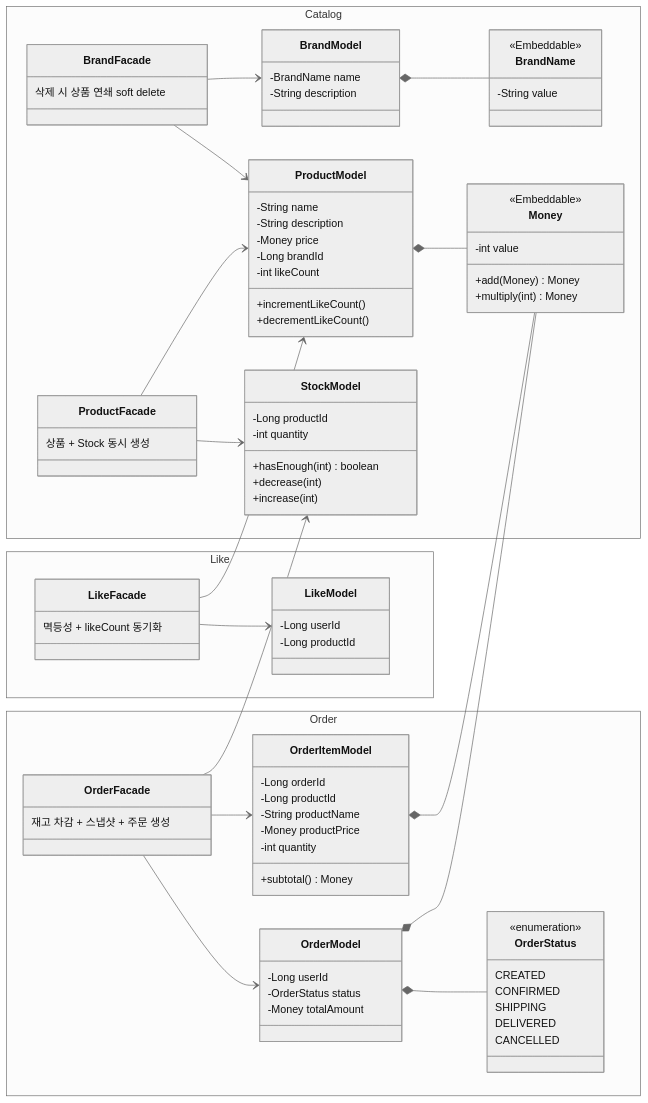
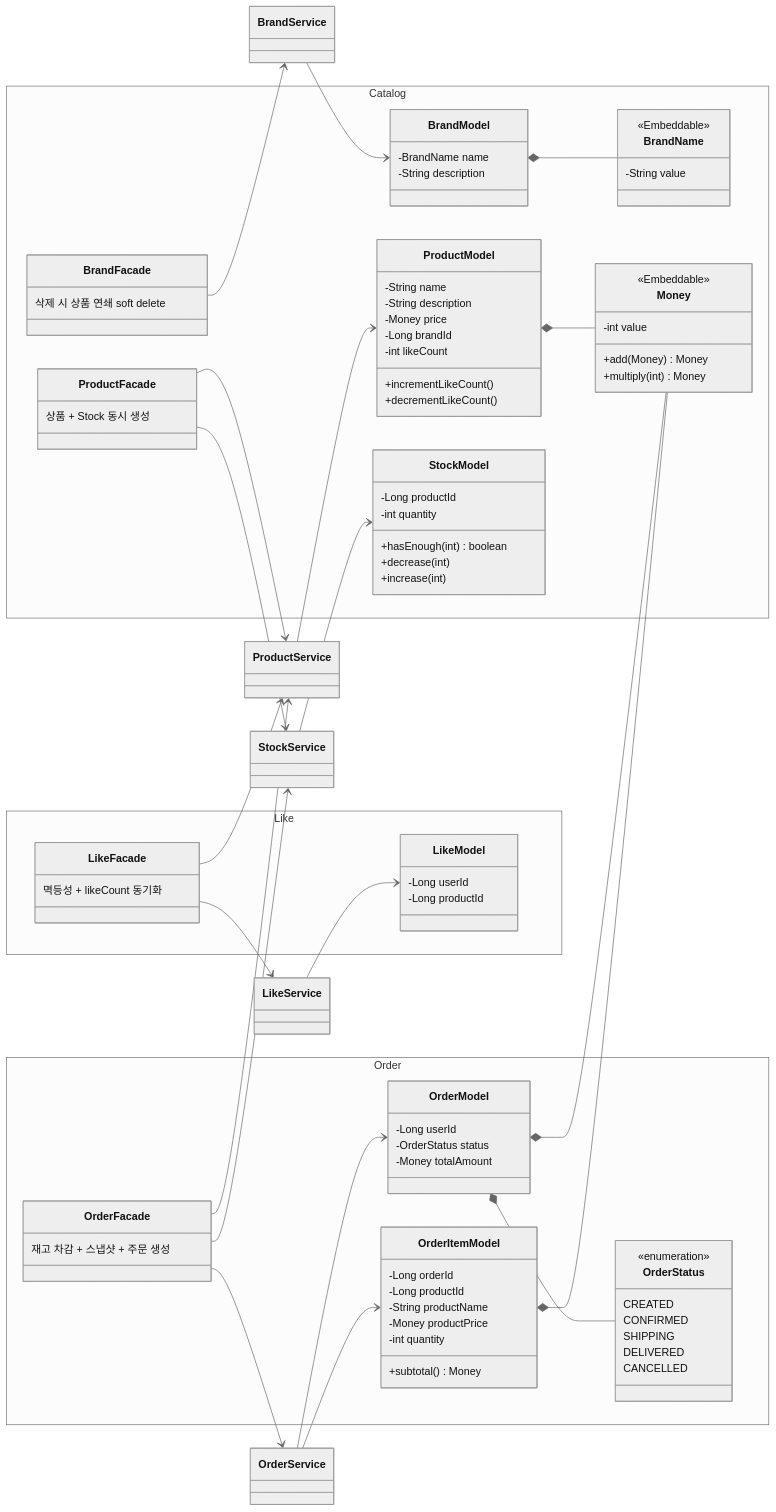
Before and after one commit to Praesentia-YKM/loop-pack-be-l2-vol3-java: the diagram in docs/design/mermaid/04-class-diagram.mmd, drawn with Mermaid (neutral theme). The commit also changed 1 other file, not shown here.

```diff
--- a/docs/design/mermaid/04-class-diagram.mmd
+++ b/docs/design/mermaid/04-class-diagram.mmd
@@ -1,95 +1,99 @@
 classDiagram
     direction LR
 
     namespace Catalog {
         class BrandName {
             <<Embeddable>>
             -String value
         }
         class BrandModel {
             -BrandName name
             -String description
         }
         class BrandFacade {
             삭제 시 상품 연쇄 soft delete
         }
         class Money {
             <<Embeddable>>
             -int value
             +add(Money) Money
             +multiply(int) Money
         }
         class ProductModel {
             -String name
             -String description
             -Money price
             -Long brandId
             -int likeCount
             +incrementLikeCount()
             +decrementLikeCount()
         }
         class StockModel {
             -Long productId
             -int quantity
             +hasEnough(int) boolean
             +decrease(int)
             +increase(int)
         }
         class ProductFacade {
             상품 + Stock 동시 생성
         }
     }
 
     namespace Like {
         class LikeModel {
             -Long userId
             -Long productId
         }
         class LikeFacade {
             멱등성 + likeCount 동기화
         }
     }
 
     namespace Order {
         class OrderStatus {
             <<enumeration>>
             CREATED
             CONFIRMED
             SHIPPING
             DELIVERED
             CANCELLED
         }
         class OrderModel {
             -Long userId
             -OrderStatus status
             -Money totalAmount
         }
         class OrderItemModel {
             -Long orderId
             -Long productId
             -String productName
             -Money productPrice
             -int quantity
             +subtotal() Money
         }
         class OrderFacade {
             재고 차감 + 스냅샷 + 주문 생성
         }
     }
 
     BrandModel *-- BrandName
     ProductModel *-- Money
     OrderModel *-- OrderStatus
     OrderModel *-- Money
     OrderItemModel *-- Money
 
-    BrandFacade --> BrandModel
-    ProductFacade --> ProductModel
-    ProductFacade --> StockModel
-    LikeFacade --> LikeModel
-    OrderFacade --> OrderModel
-    OrderFacade --> OrderItemModel
-
-    BrandFacade --> ProductModel
-    LikeFacade --> ProductModel
-    OrderFacade --> StockModel
+    BrandFacade --> BrandService
+    BrandService --> BrandModel
+    ProductFacade --> ProductService
+    ProductFacade --> StockService
+    ProductService --> ProductModel
+    StockService --> StockModel
+    LikeFacade --> LikeService
+    LikeFacade --> ProductService
+    LikeService --> LikeModel
+    OrderFacade --> OrderService
+    OrderFacade --> ProductService
+    OrderFacade --> StockService
+    OrderService --> OrderModel
+    OrderService --> OrderItemModel
```
